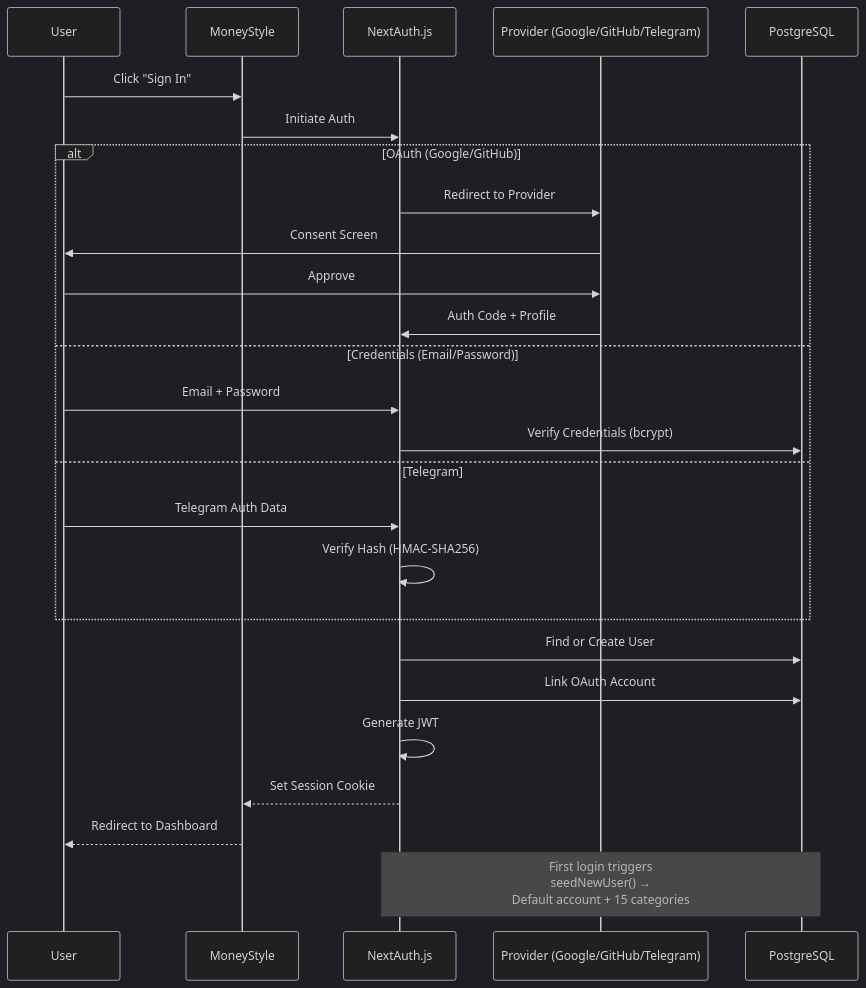
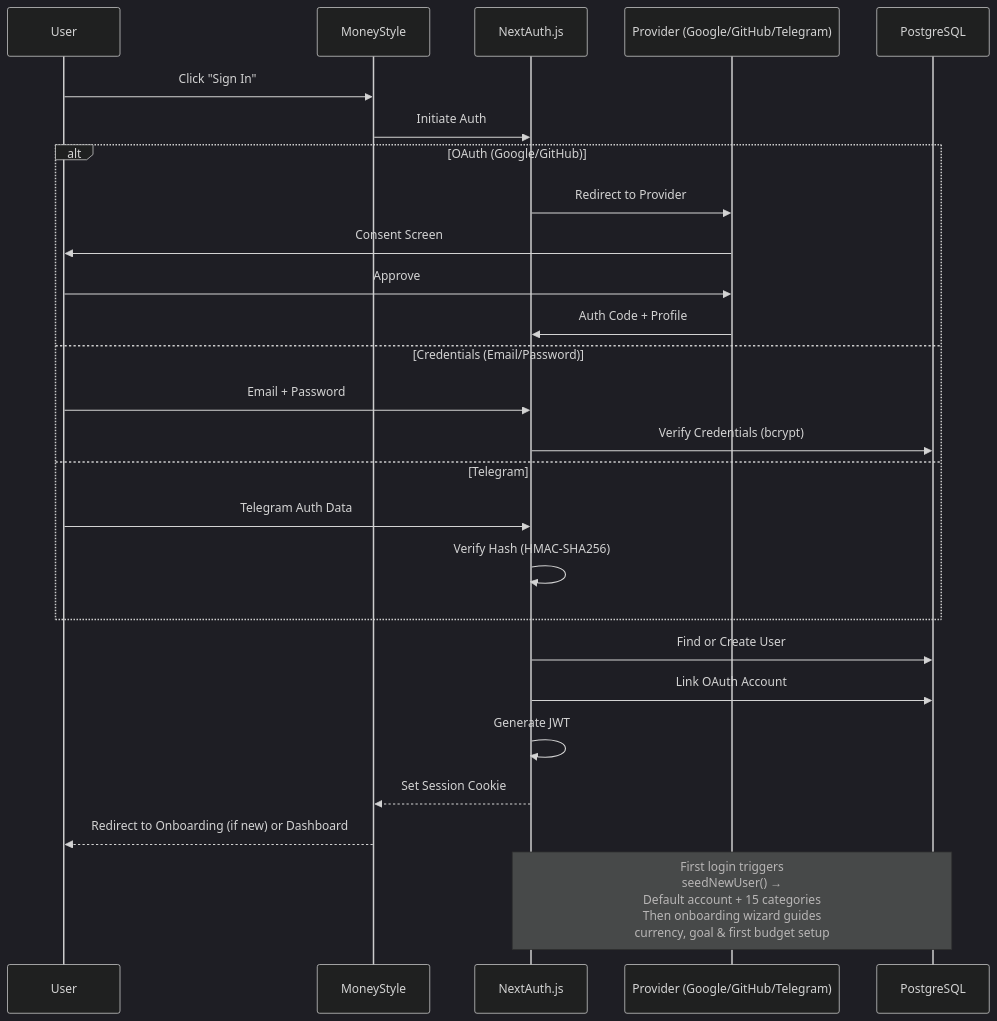
Before and after one commit to sinaghadrico/moneystyle: the ninth of 27 diagrams in docs/PROJECT_DOCUMENTATION.md, drawn with Mermaid (dark theme). The commit also changed other lines of this file and 16 other files, not shown here.

First line of the commit message:
feat(budget): enhance budgeting and onboarding

````diff
--- a/docs/PROJECT_DOCUMENTATION.md
+++ b/docs/PROJECT_DOCUMENTATION.md
@@ -557,30 +571,30 @@
 ```mermaid
 sequenceDiagram
     participant U as User
     participant APP as MoneyStyle
     participant NA as NextAuth.js
     participant P as Provider (Google/GitHub/Telegram)
     participant DB as PostgreSQL
 
     U->>APP: Click "Sign In"
     APP->>NA: Initiate Auth
     alt OAuth (Google/GitHub)
         NA->>P: Redirect to Provider
         P->>U: Consent Screen
         U->>P: Approve
         P->>NA: Auth Code + Profile
     else Credentials (Email/Password)
         U->>NA: Email + Password
         NA->>DB: Verify Credentials (bcrypt)
     else Telegram
         U->>NA: Telegram Auth Data
         NA->>NA: Verify Hash (HMAC-SHA256)
     end
     NA->>DB: Find or Create User
     NA->>DB: Link OAuth Account
     NA->>NA: Generate JWT
     NA-->>APP: Set Session Cookie
-    APP-->>U: Redirect to Dashboard
+    APP-->>U: Redirect to Onboarding (if new) or Dashboard
 
-    Note over NA,DB: First login triggers<br/>seedNewUser() →<br/>Default account + 15 categories
+    Note over NA,DB: First login triggers<br/>seedNewUser() →<br/>Default account + 15 categories<br/>Then onboarding wizard guides<br/>currency, goal & first budget setup
 ```
````
